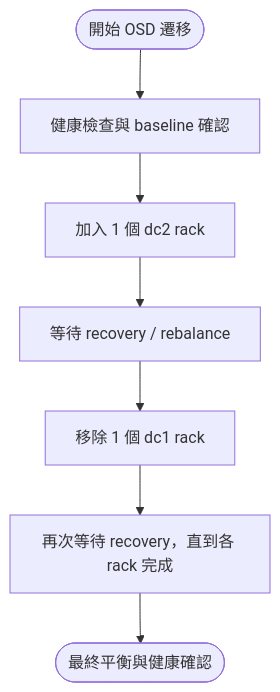
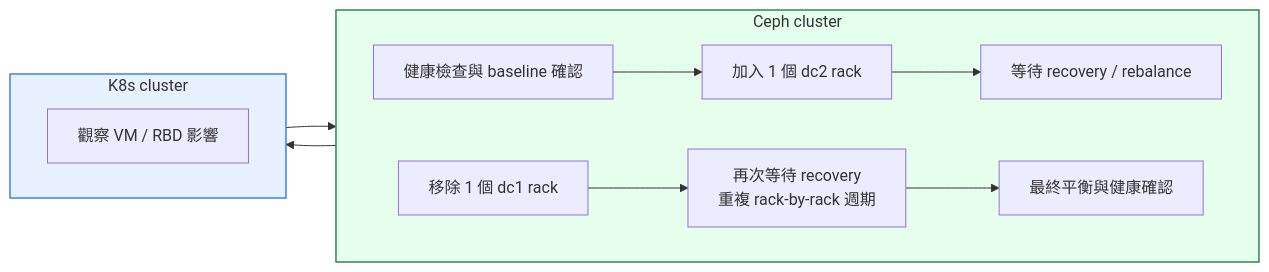
The diagram in storage/ceph-cross-dc-migration/osd-migration.md (MansionLai/notebook), drawn with Mermaid before and after one commit. The commit also changed 1 other file, not shown here.

Commit message:
docs: refine ceph runbook flowchart layout

````diff
--- a/storage/ceph-cross-dc-migration/osd-migration.md
+++ b/storage/ceph-cross-dc-migration/osd-migration.md
@@ -17,9 +17,21 @@
 ```mermaid
-flowchart TD
-    A([開始 OSD 遷移]) --> B[健康檢查與 baseline 確認]
-    B --> C[加入 1 個 dc2 rack]
-    C --> D[等待 recovery / rebalance]
-    D --> E[移除 1 個 dc1 rack]
-    E --> F[再次等待 recovery，直到各 rack 完成]
-    F --> G([最終平衡與健康確認])
+flowchart LR
+    subgraph CEPH["Ceph cluster"]
+        direction LR
+        A[健康檢查與 baseline 確認] --> B[加入 1 個 dc2 rack]
+        B --> C[等待 recovery / rebalance]
+        D[移除 1 個 dc1 rack] --> E[再次等待 recovery<br>重複 rack-by-rack 週期]
+        E --> F[最終平衡與健康確認]
+    end
+
+    subgraph K8S["K8s cluster"]
+        direction LR
+        K[觀察 VM / RBD 影響]
+    end
+
+    C --> K
+    K --> D
+
+    style CEPH fill:#e6ffed,stroke:#2f855a,stroke-width:1.5px
+    style K8S fill:#e8f1ff,stroke:#3b82f6,stroke-width:1.5px
 ```
````
